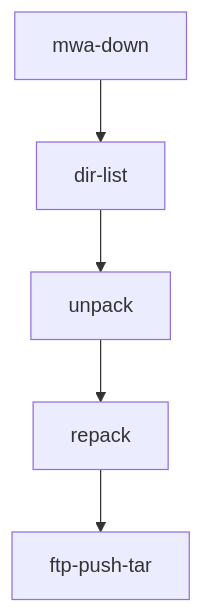
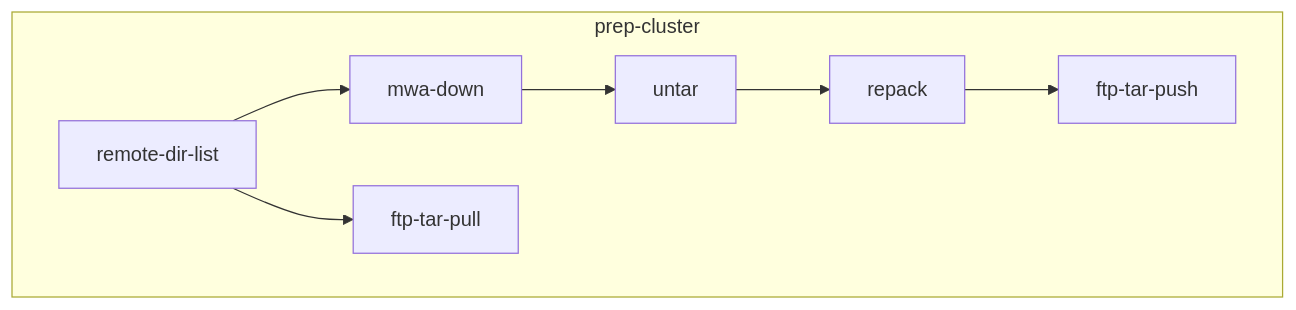
Before and after one commit to kaichao/app-mwa: the third of 4 diagrams in README.md, drawn with Mermaid. The commit also changed other lines of this file and 5 other files, not shown here.

Commit message:
Re-adjust the pipeline to cluster-tar-pull, local-tar-pull, and fits-redist.

````diff
--- a/README.md
+++ b/README.md
@@ -235,9 +237,19 @@
 ```mermaid
 
-flowchart TB
-  mwa-down --> dir-list
-  dir-list --> unpack
-  unpack --> repack
-  repack --> ftp-push-tar
+flowchart TD
+  remote-dir-list --> mwa-down
+  remote-dir-list --> ftp-tar-pull
+  mwa-down --> untar
+  untar --> repack
+  repack --> ftp-tar-push
+
+  subgraph prep-cluster
+    remote-dir-list
+    ftp-tar-pull
+    mwa-down
+    untar
+    repack
+    ftp-tar-push
+  end
 
 ```
````
